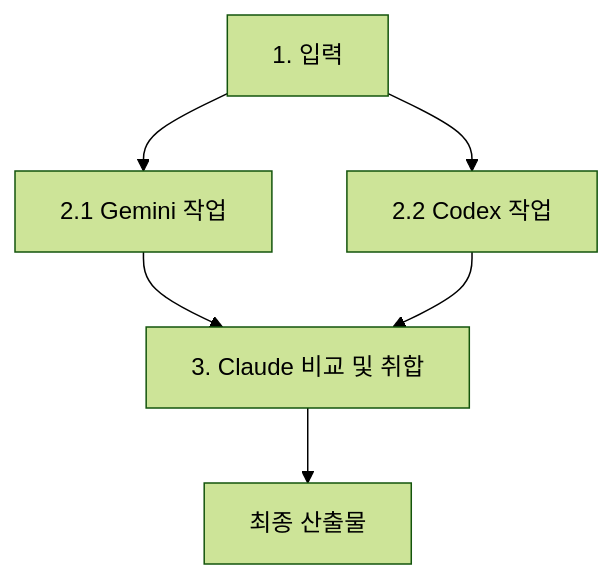
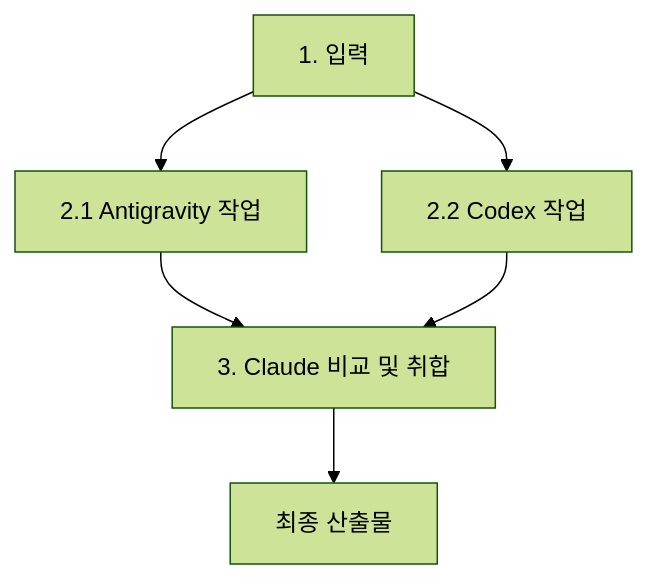
The diagram in base/.claude/rules/05-multi-agent.md (deuxksy/dotfiles), drawn with Mermaid (forest theme) before and after one commit. The commit also changed other lines of this file, not shown here.

First line of the commit message:
feat: Gemini CLI → Antigravity CLI 마이그레이션

````diff
--- a/base/.claude/rules/05-multi-agent.md
+++ b/base/.claude/rules/05-multi-agent.md
@@ -87,8 +87,8 @@
 ```mermaid
 graph TD
-    A[1. 입력] --> B[2.1 Gemini 작업]
+    A[1. 입력] --> B[2.1 Antigravity 작업]
     A --> C[2.2 Codex 작업]
     B --> E[3. Claude 비교 및 취합]
     C --> E
     E --> F[최종 산출물]
 ```
````
